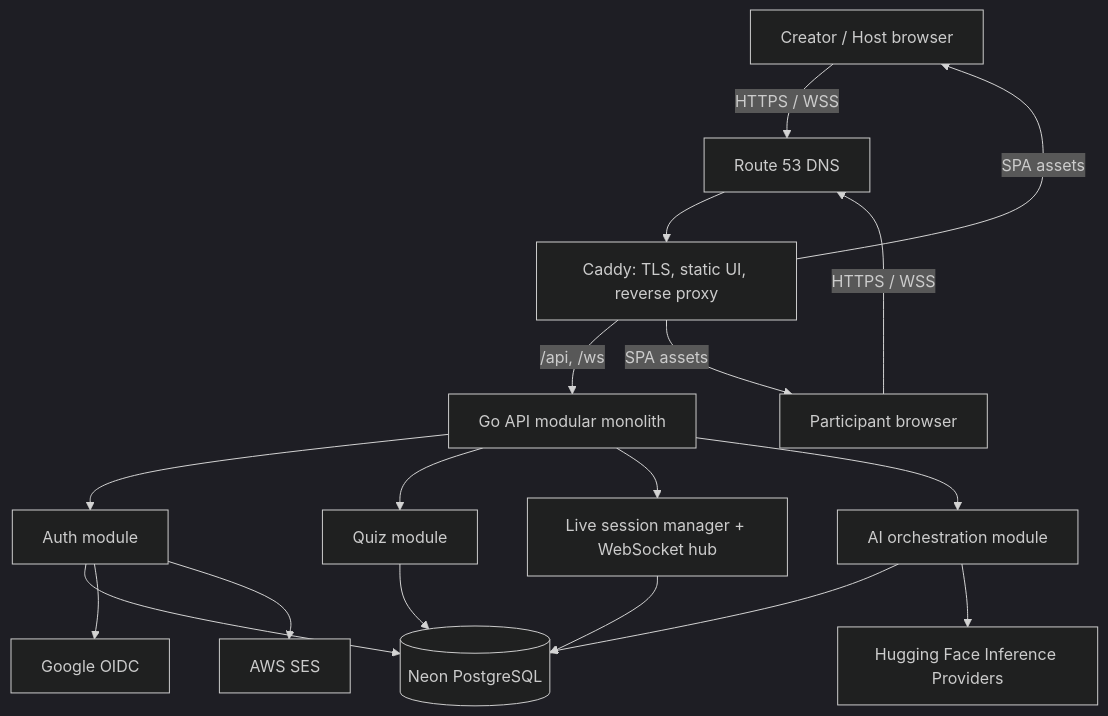
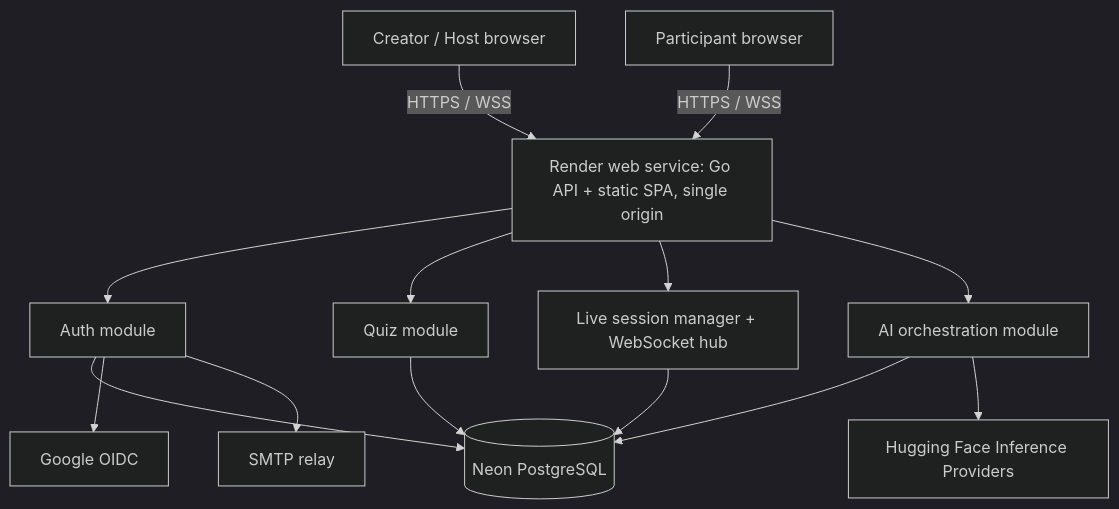
One commit to mddanish004/Quizmaster changed the first of 4 diagrams in docs/SYSTEM_ARCHITECTURE.md. Above: the diagram before and after it, drawn with Mermaid (dark theme). The commit also changed other lines of this file and 44 other files, not shown here.

Commit message:
Render single-service production: retire AWS (Stage 6, ADR-016)

````diff
--- a/docs/SYSTEM_ARCHITECTURE.md
+++ b/docs/SYSTEM_ARCHITECTURE.md
@@ -9,33 +9,28 @@
 ```mermaid
 flowchart TB
   Creator[Creator / Host browser]
   Guest[Participant browser]
-  DNS[Route 53 DNS]
-  Caddy[Caddy: TLS, static UI, reverse proxy]
-  API[Go API modular monolith]
+  Render[Render web service: Go API + static SPA, single origin]
   Auth[Auth module]
   Quiz[Quiz module]
   Live[Live session manager + WebSocket hub]
   AI[AI orchestration module]
   DB[(Neon PostgreSQL)]
   Google[Google OIDC]
   HF[Hugging Face Inference Providers]
-  SES[AWS SES]
+  SMTP[SMTP relay]
 
-  Creator -->|HTTPS / WSS| DNS --> Caddy
-  Guest -->|HTTPS / WSS| DNS
-  Caddy -->|/api, /ws| API
-  Caddy -->|SPA assets| Creator
-  Caddy -->|SPA assets| Guest
-  API --> Auth
-  API --> Quiz
-  API --> Live
-  API --> AI
+  Creator -->|HTTPS / WSS| Render
+  Guest -->|HTTPS / WSS| Render
+  Render --> Auth
+  Render --> Quiz
+  Render --> Live
+  Render --> AI
   Auth --> DB
   Quiz --> DB
   Live --> DB
   AI --> DB
   Auth --> Google
-  Auth --> SES
+  Auth --> SMTP
   AI --> HF
 ```
````
